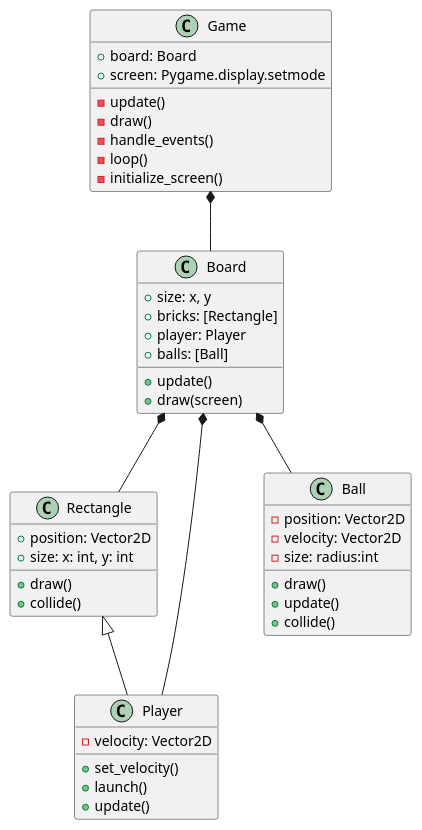
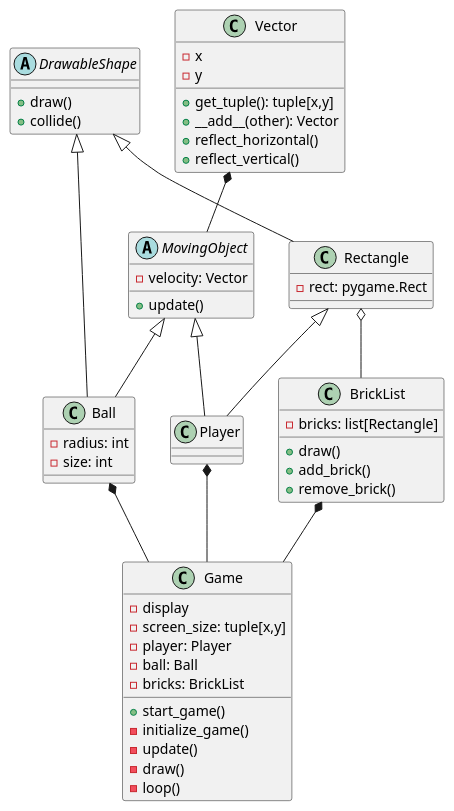
One commit to CodingChem/Breakout changed the diagram in uml.puml. Above: the diagram before and after it, drawn with PlantUML. The commit also changed 9 other files, not shown here.

```diff
--- a/uml.puml
+++ b/uml.puml
@@ -1,49 +1,57 @@
 @startuml 
+class Vector {
+    - x
+    - y
+    + get_tuple(): tuple[x,y]
+    + __add__(other): Vector
+    + reflect_horizontal()
+    + reflect_vertical()
+}
 class Game {
-    + board: Board
-    + screen: Pygame.display.setmode
+    - display
+    - screen_size: tuple[x,y]
+    - player: Player
+    - ball: Ball
+    - bricks: BrickList
+    + start_game()
+    - initialize_game()
     - update()
     - draw()
-    - handle_events()
     - loop()
-    - initialize_screen()
 }
+class Player {
 
-class Board {
-    + size: x, y
-    + bricks: [Rectangle]
-    + player: Player
-    + balls: [Ball]
-    + update()
-    + draw(screen)
 }
-
+class BrickList {
+    - bricks: list[Rectangle]
+    + draw()
+    + add_brick()
+    + remove_brick()
+}
 class Rectangle {
-    + position: Vector2D
-    + size: x: int, y: int
+    - rect: pygame.Rect
+}
+class Ball {
+    - radius: int
+    - size: int
+}
+abstract class DrawableShape {
     + draw()
     + collide()
 }
-
-class Player {
-    - velocity: Vector2D
-    + set_velocity()
-    + launch()
+abstract class MovingObject {
+    - velocity: Vector
     + update()
 }
+DrawableShape <|-- Rectangle
+Rectangle <|-- Player
+MovingObject <|-- Player
+MovingObject <|-- Ball
+DrawableShape <|-- Ball
+Vector *-- MovingObject
+Rectangle o-- BrickList
+BrickList *-- Game
+Player *-- Game
+Ball *-- Game
 
-class Ball {
-    - position: Vector2D
-    - velocity: Vector2D
-    - size: radius:int
-    + draw()
-    + update()
-    + collide()
-}
-
-Game *-- Board
-Rectangle <|-- Player
-Board *-- Player
-Board *-- Rectangle
-Board *-- Ball
 @enduml
```
